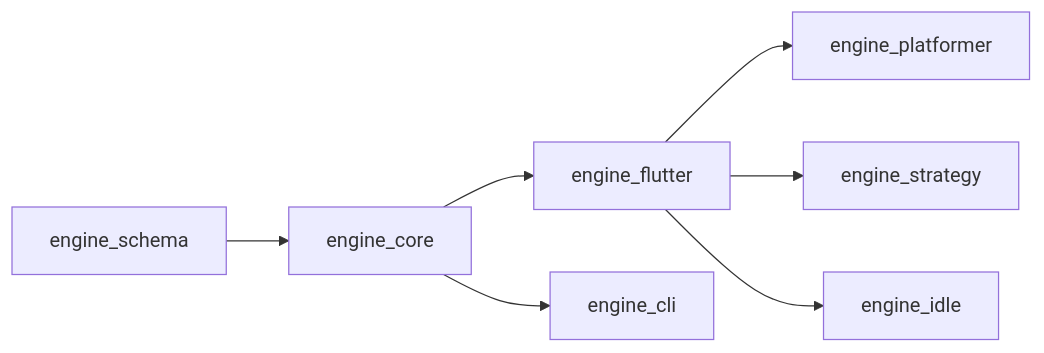
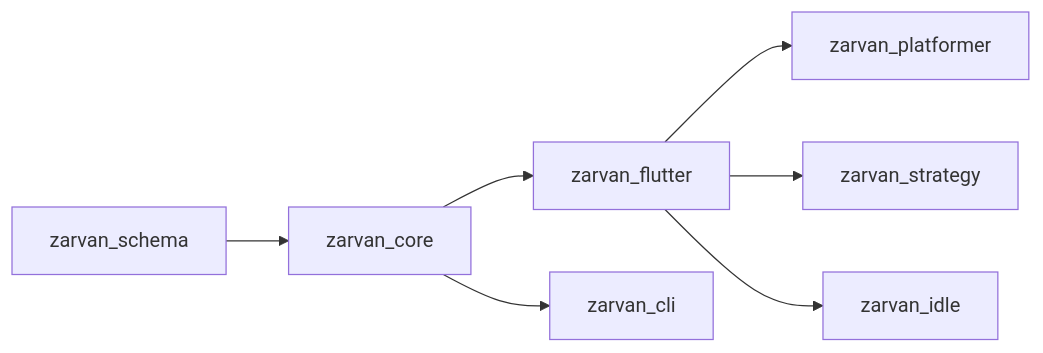
Before and after one commit to arashrasoulzadeh/agentic-game-engine: the first of 4 diagrams in docs/concepts/architecture.md, drawn with Mermaid. The commit also changed other lines of this file and 2098 other files, not shown here.

````diff
--- a/docs/concepts/architecture.md
+++ b/docs/concepts/architecture.md
@@ -10,9 +10,9 @@
 ```mermaid
 flowchart LR
-    schema[engine_schema] --> core[engine_core]
-    core --> flutter[engine_flutter]
-    flutter --> platformer[engine_platformer]
-    flutter --> strategy[engine_strategy]
-    flutter --> idle[engine_idle]
-    core --> cli[engine_cli]
+    schema[zarvan_schema] --> core[zarvan_core]
+    core --> flutter[zarvan_flutter]
+    flutter --> platformer[zarvan_platformer]
+    flutter --> strategy[zarvan_strategy]
+    flutter --> idle[zarvan_idle]
+    core --> cli[zarvan_cli]
 ```
````
